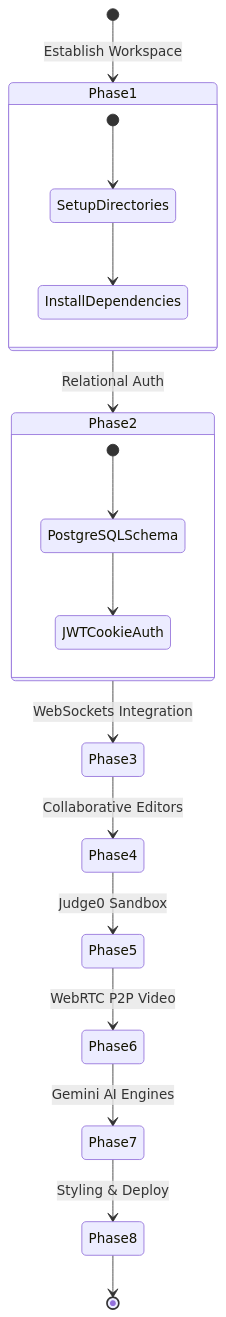
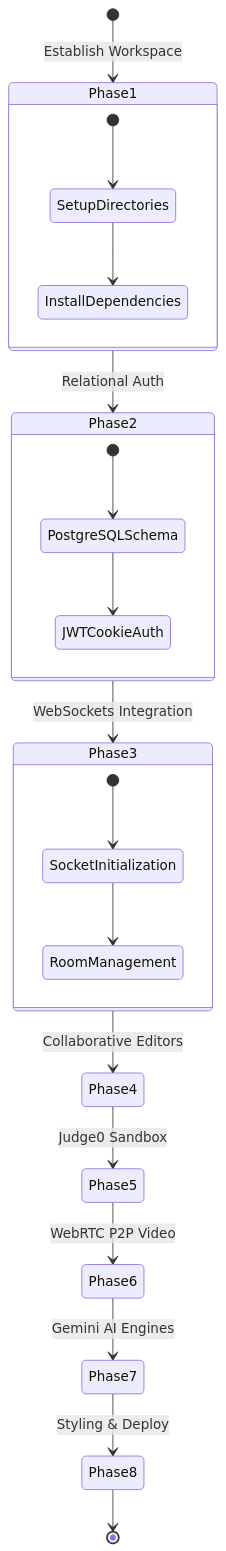
Before and after one commit to Vikal-Dubey/PeerPrep: the second of 2 diagrams in README.md, drawn with Mermaid. The commit also changed other lines of this file, not shown here.

````diff
--- a/README.md
+++ b/README.md
@@ -180,24 +180,29 @@
 ```mermaid
 stateDiagram-v2
     [*] --> Phase1: Establish Workspace
     Phase1 --> Phase2: Relational Auth
     Phase2 --> Phase3: WebSockets Integration
     Phase3 --> Phase4: Collaborative Editors
     Phase4 --> Phase5: Judge0 Sandbox
     Phase5 --> Phase6: WebRTC P2P Video
     Phase6 --> Phase7: Gemini AI Engines
     Phase7 --> Phase8: Styling & Deploy
     Phase8 --> [*]
 
     state Phase1 {
         [*] --> SetupDirectories
         SetupDirectories --> InstallDependencies
     }
     state Phase2 {
         [*] --> PostgreSQLSchema
         PostgreSQLSchema --> JWTCookieAuth
     }
+    state Phase3 {
+        [*] --> SocketInitialization
+        SocketInitialization --> RoomManagement
+    }
 
     style Phase1 fill:#10b981,color:#fff
     style Phase2 fill:#10b981,color:#fff
+    style Phase3 fill:#10b981,color:#fff
 ```
````
